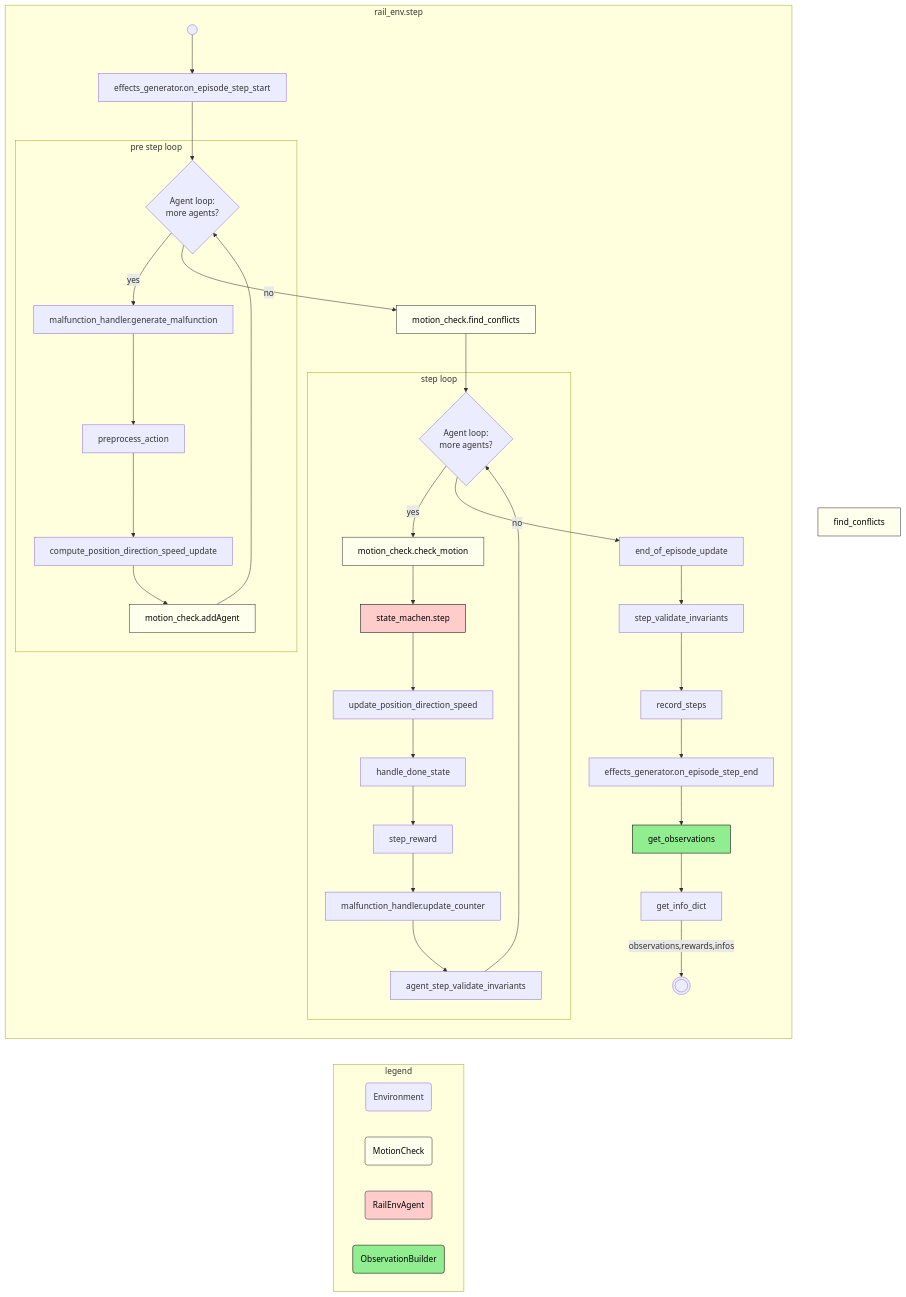
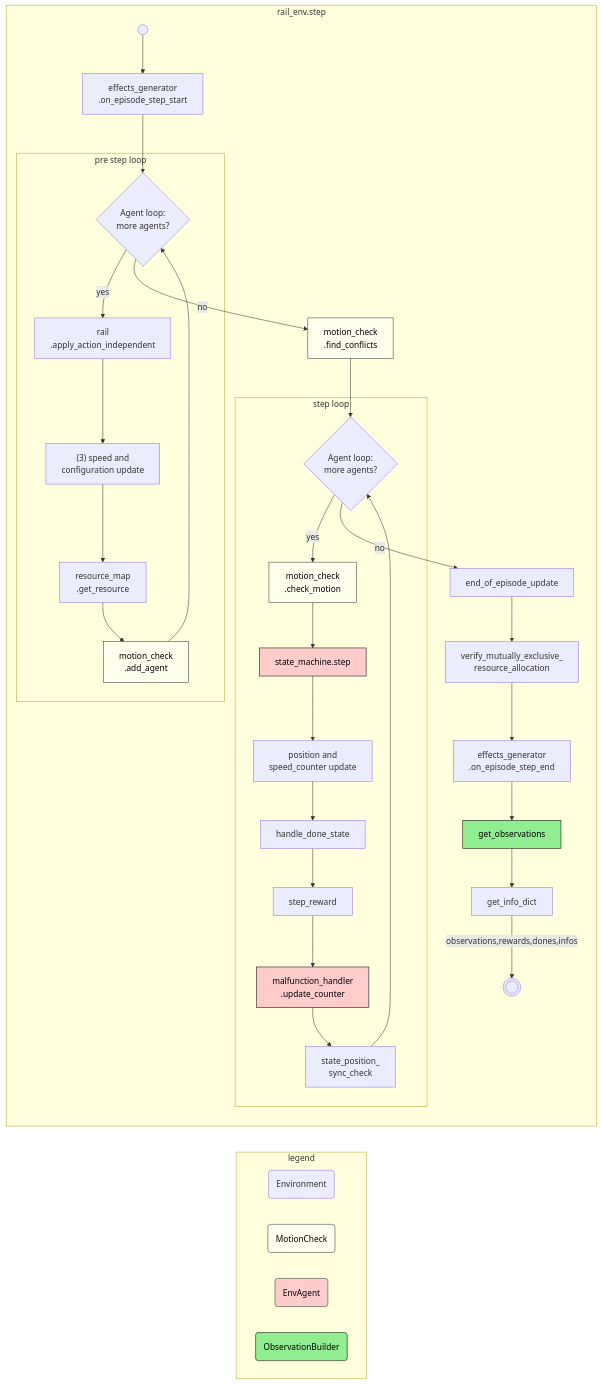
One commit to flatland-association/flatland-book changed the fourth of 5 diagrams in key-concepts/key_concepts.md. Above: the diagram before and after it, drawn with Mermaid. The commit also changed other lines of this file and 101 other files, not shown here.

````diff
--- a/key-concepts/key_concepts.md
+++ b/key-concepts/key_concepts.md
@@ -229,50 +237,49 @@
 ```mermaid
 flowchart TD
     subgraph rail_env.step
         direction TB
-        start(("&nbsp;")) --> effects_generator.on_episode_step_start
+        start(("&nbsp;")) --> effects_generator.on_episode_step_start[effects_generator<br/>.on_episode_step_start]
         effects_generator.on_episode_step_start --> pre_step_loop
         subgraph pre_step_loop_ [pre step loop]
-            pre_step_loop{Agent loop:<br/> more agents?} -->|yes| malfunction_handler.generate_malfunction
-            malfunction_handler.generate_malfunction --> preprocess_action
-            preprocess_action --> compute_position_direction_speed_update
-            compute_position_direction_speed_update --> motion_check.addAgent
-            motion_check.addAgent --> pre_step_loop
+            pre_step_loop{Agent loop:<br/> more agents?} -->|yes| rail.apply_action_independent[rail<br/>.apply_action_independent]
+            rail.apply_action_independent --> speed_and_configuration_update["(3) speed and<br/>configuration update"]
+            speed_and_configuration_update --> resource_map.get_resource[resource_map<br/>.get_resource]
+            resource_map.get_resource --> motion_check.add_agent[motion_check<br/>.add_agent]
+            motion_check.add_agent --> pre_step_loop
         end
-        pre_step_loop -->|no| motion_check.find_conflicts
+        pre_step_loop -->|no| motion_check.find_conflicts[motion_check<br/>.find_conflicts]
         motion_check.find_conflicts --> step_loop
         subgraph step_loop_ [step loop]
-            step_loop{Agent loop:<br/> more agents?} -->|yes| motion_check.check_motion
-            motion_check.check_motion --> state_machen.step
-            state_machen.step --> update_position_direction_speed
-            update_position_direction_speed --> handle_done_state
+            step_loop{Agent loop:<br/> more agents?} -->|yes| motion_check.check_motion[motion_check<br/>.check_motion]
+            motion_check.check_motion --> state_machine.step
+            state_machine.step --> position_and_speed_counter_update["position and<br/>speed_counter update"]
+            position_and_speed_counter_update --> handle_done_state
             handle_done_state --> step_reward
-            step_reward --> malfunction_handler.update_counter
-            malfunction_handler.update_counter --> agent_step_validate_invariants
-            agent_step_validate_invariants --> step_loop
+            step_reward --> malfunction_handler.update_counter[malfunction_handler<br/>.update_counter]
+            malfunction_handler.update_counter --> state_position_sync_check[state_position_<br/>sync_check]
+            state_position_sync_check --> step_loop
         end
         step_loop -->|no| end_of_episode_update
-        end_of_episode_update --> step_validate_invariants
-        step_validate_invariants --> record_steps
-        record_steps --> effects_generator.on_episode_step_end
+        end_of_episode_update --> verify_mutually_exclusive_resource_allocation[verify_mutually_exclusive_<br/>resource_allocation]
+        verify_mutually_exclusive_resource_allocation --> effects_generator.on_episode_step_end[effects_generator<br/>.on_episode_step_end]
         effects_generator.on_episode_step_end --> get_observations
         get_observations --> get_info_dict
-        get_info_dict -->|observations,rewards,infos| end_((("&nbsp;")))
+        get_info_dict -->|observations,rewards,dones,infos| end_((("&nbsp;")))
     end
     subgraph legend
         Environment(Environment)
         MotionCheck(MotionCheck)
-        RailEnvAgent(RailEnvAgent)
+        EnvAgent(EnvAgent)
         ObservationBuilder(ObservationBuilder)
     end
     style MotionCheck fill: #ffe, stroke: #333, stroke-width: 1px, color: black
-    style find_conflicts fill: #ffe, stroke: #333, stroke-width: 1px, color: black
     style motion_check.check_motion fill: #ffe, stroke: #333, stroke-width: 1px, color: black
     style motion_check.find_conflicts fill: #ffe, stroke: #333, stroke-width: 1px, color: black
-    style motion_check.addAgent fill: #ffe, stroke: #333, stroke-width: 1px, color: black
-    style RailEnvAgent fill: #fcc, stroke: #333, stroke-width: 1px, color: black
-    style state_machen.step fill: #fcc, stroke: #000, stroke-width: 1px, color: black
+    style motion_check.add_agent fill: #ffe, stroke: #333, stroke-width: 1px, color: black
+    style EnvAgent fill: #fcc, stroke: #333, stroke-width: 1px, color: black
+    style state_machine.step fill: #fcc, stroke: #000, stroke-width: 1px, color: black
+    style malfunction_handler.update_counter fill: #fcc, stroke: #000, stroke-width: 1px, color: black
     style ObservationBuilder fill: #90ee90, stroke: #000, stroke-width: 1px, color: black
     style get_observations fill: #90ee90, stroke: #000, stroke-width: 1px, color: black
     rail_env.step ~~~ legend
 ```
````
